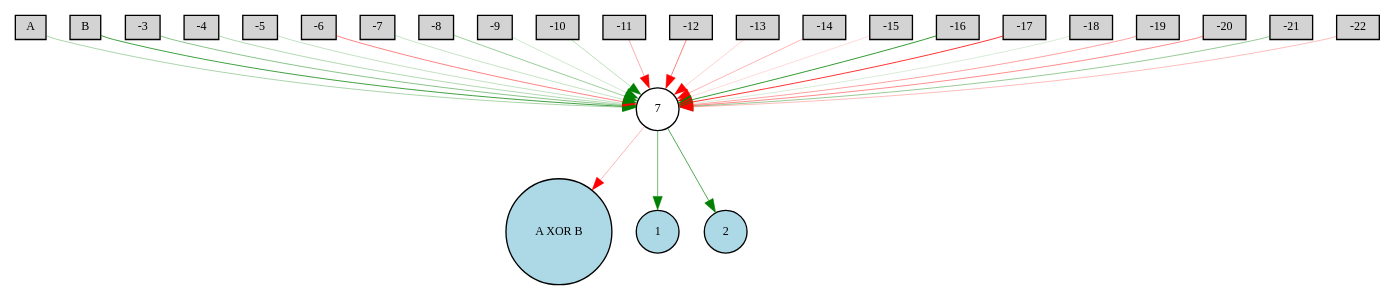
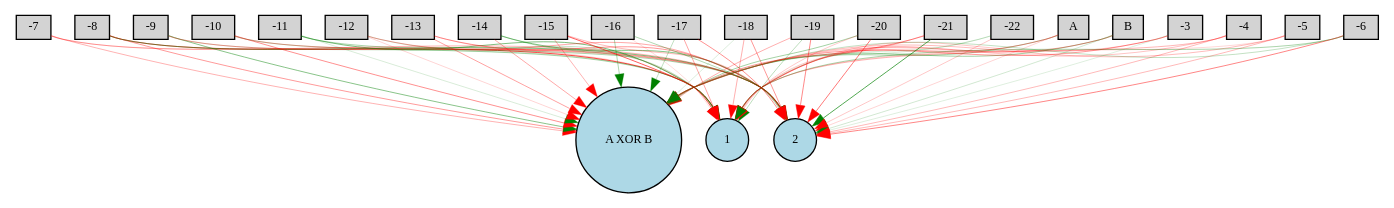
The diagram in Digraph.gv (arashparnia/torcs), drawn with Graphviz before and after one commit. The commit also changed 8 other files, not shown here.

```diff
--- a/Digraph.gv
+++ b/Digraph.gv
@@ -1,54 +1,94 @@
 digraph {
 	node [fontsize=9 height=0.2 shape=circle width=0.2]
 	A [fillcolor=lightgray shape=box style=filled]
 	B [fillcolor=lightgray shape=box style=filled]
 	-3 [fillcolor=lightgray shape=box style=filled]
 	-4 [fillcolor=lightgray shape=box style=filled]
 	-5 [fillcolor=lightgray shape=box style=filled]
 	-6 [fillcolor=lightgray shape=box style=filled]
 	-7 [fillcolor=lightgray shape=box style=filled]
 	-8 [fillcolor=lightgray shape=box style=filled]
 	-9 [fillcolor=lightgray shape=box style=filled]
 	-10 [fillcolor=lightgray shape=box style=filled]
 	-11 [fillcolor=lightgray shape=box style=filled]
 	-12 [fillcolor=lightgray shape=box style=filled]
 	-13 [fillcolor=lightgray shape=box style=filled]
 	-14 [fillcolor=lightgray shape=box style=filled]
 	-15 [fillcolor=lightgray shape=box style=filled]
 	-16 [fillcolor=lightgray shape=box style=filled]
 	-17 [fillcolor=lightgray shape=box style=filled]
 	-18 [fillcolor=lightgray shape=box style=filled]
 	-19 [fillcolor=lightgray shape=box style=filled]
 	-20 [fillcolor=lightgray shape=box style=filled]
 	-21 [fillcolor=lightgray shape=box style=filled]
 	-22 [fillcolor=lightgray shape=box style=filled]
 	"A XOR B" [fillcolor=lightblue style=filled]
 	1 [fillcolor=lightblue style=filled]
 	2 [fillcolor=lightblue style=filled]
-	7 [fillcolor=white style=filled]
-	A -> 7 [color=green penwidth=0.2542828169448609 style=solid]
-	B -> 7 [color=green penwidth=0.5626524194993764 style=solid]
-	-3 -> 7 [color=green penwidth=0.3464285952130184 style=solid]
-	-4 -> 7 [color=green penwidth=0.23304787876174501 style=solid]
-	-5 -> 7 [color=green penwidth=0.17827979594158383 style=solid]
-	-6 -> 7 [color=red penwidth=0.36806911243739737 style=solid]
-	-7 -> 7 [color=green penwidth=0.1654799267419898 style=solid]
-	-8 -> 7 [color=green penwidth=0.30151698660742565 style=solid]
-	-9 -> 7 [color=green penwidth=0.1370786816492695 style=solid]
-	-10 -> 7 [color=green penwidth=0.2047620392526776 style=solid]
-	-11 -> 7 [color=red penwidth=0.25066399401924777 style=solid]
-	-12 -> 7 [color=red penwidth=0.37910090585819156 style=solid]
-	-13 -> 7 [color=red penwidth=0.13903708591923342 style=solid]
-	-14 -> 7 [color=red penwidth=0.21979651584042217 style=solid]
-	-15 -> 7 [color=red penwidth=0.10689327908351894 style=solid]
-	-16 -> 7 [color=green penwidth=0.6039786519088398 style=solid]
-	-17 -> 7 [color=red penwidth=0.602830919793443 style=solid]
-	-18 -> 7 [color=green penwidth=0.12431987409999332 style=solid]
-	-19 -> 7 [color=red penwidth=0.28000887959659937 style=solid]
-	-20 -> 7 [color=red penwidth=0.33611919638223864 style=solid]
-	-21 -> 7 [color=green penwidth=0.30583032356520945 style=solid]
-	-22 -> 7 [color=red penwidth=0.2023979841564046 style=solid]
-	7 -> "A XOR B" [color=red penwidth=0.21593611516506042 style=solid]
-	7 -> 1 [color=green penwidth=0.4101970818262809 style=solid]
-	7 -> 2 [color=green penwidth=0.5101558485318396 style=solid]
+	A -> "A XOR B" [color=green penwidth=0.252386265376522 style=solid]
+	A -> 1 [color=red penwidth=0.29193744454457204 style=solid]
+	A -> 2 [color=red penwidth=0.1344609651725704 style=solid]
+	B -> "A XOR B" [color=green penwidth=0.28236913493423044 style=solid]
+	B -> 1 [color=red penwidth=0.27855057099002356 style=solid]
+	B -> 2 [color=green penwidth=0.1388013692071388 style=solid]
+	-3 -> "A XOR B" [color=red penwidth=0.3042461227051712 style=solid]
+	-3 -> 1 [color=red penwidth=0.16571761676639454 style=solid]
+	-3 -> 2 [color=green penwidth=0.1043399463979644 style=solid]
+	-4 -> "A XOR B" [color=red penwidth=0.17515106614487153 style=solid]
+	-4 -> 1 [color=red penwidth=0.22255143488503198 style=solid]
+	-4 -> 2 [color=red penwidth=0.2087371342669736 style=solid]
+	-5 -> "A XOR B" [color=red penwidth=0.20250120101165395 style=solid]
+	-5 -> 1 [color=red penwidth=0.12172691578772758 style=solid]
+	-5 -> 2 [color=red penwidth=0.2051848082082821 style=solid]
+	-6 -> "A XOR B" [color=green penwidth=0.18341471048891939 style=solid]
+	-6 -> 1 [color=green penwidth=0.2512124950956479 style=solid]
+	-6 -> 2 [color=red penwidth=0.3633476729075691 style=solid]
+	-7 -> "A XOR B" [color=red penwidth=0.23028366187068908 style=solid]
+	-7 -> 1 [color=red penwidth=0.1533972635454291 style=solid]
+	-7 -> 2 [color=red penwidth=0.23008577811353914 style=solid]
+	-8 -> "A XOR B" [color=red penwidth=0.3012043116927864 style=solid]
+	-8 -> 1 [color=red penwidth=0.5402966323217928 style=solid]
+	-8 -> 2 [color=green penwidth=0.3765691976439838 style=solid]
+	-9 -> "A XOR B" [color=green penwidth=0.3476370481470825 style=solid]
+	-9 -> 1 [color=green penwidth=0.1521768926449082 style=solid]
+	-9 -> 2 [color=red penwidth=0.28234147914459473 style=solid]
+	-10 -> "A XOR B" [color=red penwidth=0.3250132753194005 style=solid]
+	-10 -> 1 [color=green penwidth=0.2265087814611459 style=solid]
+	-10 -> 2 [color=red penwidth=0.2510649141536185 style=solid]
+	-11 -> "A XOR B" [color=green penwidth=0.11793716003254817 style=solid]
+	-11 -> 1 [color=green penwidth=0.37998076327954766 style=solid]
+	-11 -> 2 [color=green penwidth=0.2518078995800799 style=solid]
+	-12 -> "A XOR B" [color=red penwidth=0.1253325142713441 style=solid]
+	-12 -> 1 [color=green penwidth=0.1714696089564014 style=solid]
+	-12 -> 2 [color=red penwidth=0.25692157409323646 style=solid]
+	-13 -> "A XOR B" [color=red penwidth=0.2829595403697966 style=solid]
+	-13 -> 1 [color=red penwidth=0.1290491970696573 style=solid]
+	-13 -> 2 [color=red penwidth=0.31049651201630013 style=solid]
+	-14 -> "A XOR B" [color=red penwidth=0.25612802169779103 style=solid]
+	-14 -> 1 [color=green penwidth=0.19145974739535113 style=solid]
+	-14 -> 2 [color=green penwidth=0.35503037755444533 style=solid]
+	-15 -> "A XOR B" [color=red penwidth=0.22861355664729968 style=solid]
+	-15 -> 1 [color=red penwidth=0.4837518688001554 style=solid]
+	-15 -> 2 [color=red penwidth=0.20615774909356033 style=solid]
+	-16 -> "A XOR B" [color=green penwidth=0.24307224264183191 style=solid]
+	-16 -> 1 [color=red penwidth=0.10803799972745123 style=solid]
+	-16 -> 2 [color=green penwidth=0.24120174964653576 style=solid]
+	-17 -> "A XOR B" [color=green penwidth=0.19060783453575877 style=solid]
+	-17 -> 1 [color=red penwidth=0.266730780916535 style=solid]
+	-17 -> 2 [color=red penwidth=0.3281582908725351 style=solid]
+	-18 -> "A XOR B" [color=green penwidth=0.1103100380249955 style=solid]
+	-18 -> 1 [color=red penwidth=0.23706195968329744 style=solid]
+	-18 -> 2 [color=red penwidth=0.3103825493686867 style=solid]
+	-19 -> "A XOR B" [color=red penwidth=0.2372314509960266 style=solid]
+	-19 -> 1 [color=green penwidth=0.20158675266480802 style=solid]
+	-19 -> 2 [color=red penwidth=0.352549577774834 style=solid]
+	-20 -> "A XOR B" [color=green penwidth=0.27320156590645095 style=solid]
+	-20 -> 1 [color=red penwidth=0.16017490409248902 style=solid]
+	-20 -> 2 [color=red penwidth=0.3959328046165044 style=solid]
+	-21 -> "A XOR B" [color=red penwidth=0.321278896132484 style=solid]
+	-21 -> 1 [color=red penwidth=0.1736050718150648 style=solid]
+	-21 -> 2 [color=green penwidth=0.5058711519966946 style=solid]
+	-22 -> "A XOR B" [color=green penwidth=0.10651611910041128 style=solid]
+	-22 -> 1 [color=green penwidth=0.12710056854712395 style=solid]
+	-22 -> 2 [color=red penwidth=0.17016090532089567 style=solid]
 }
```
